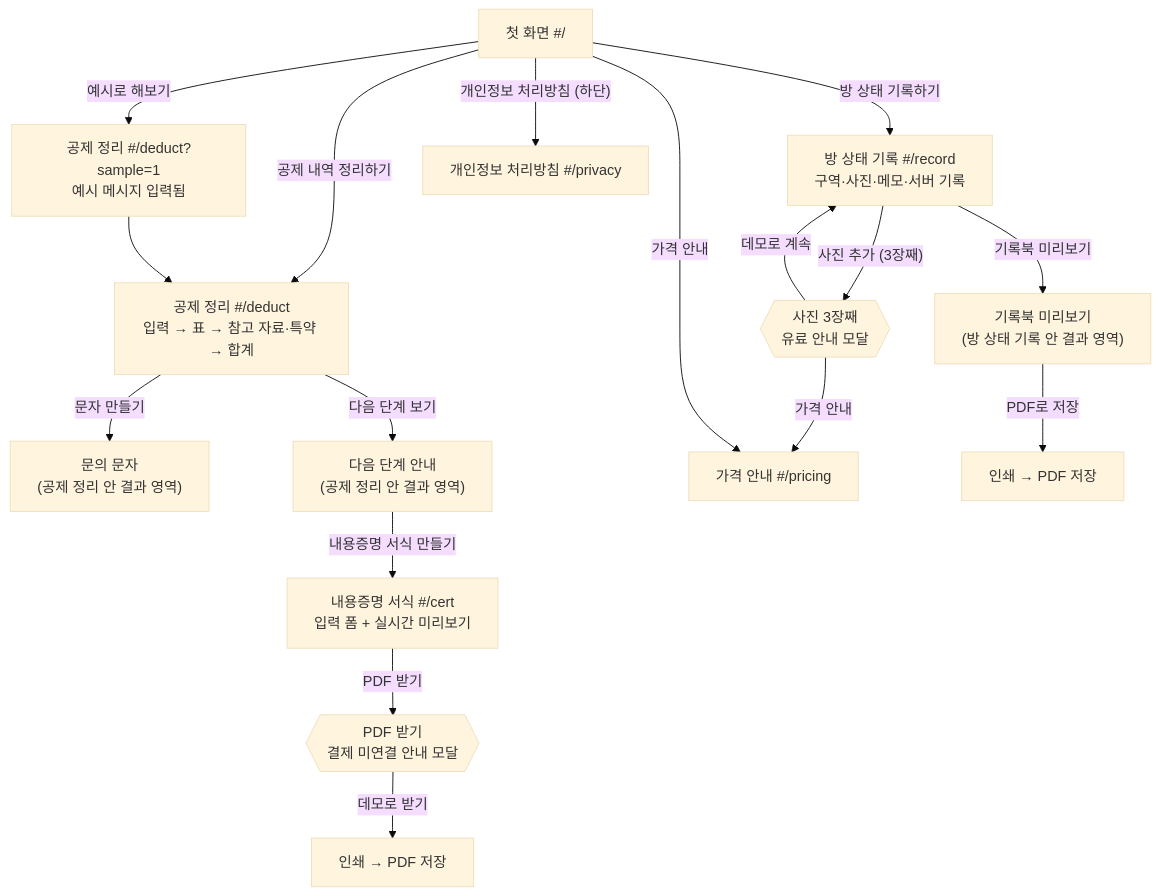
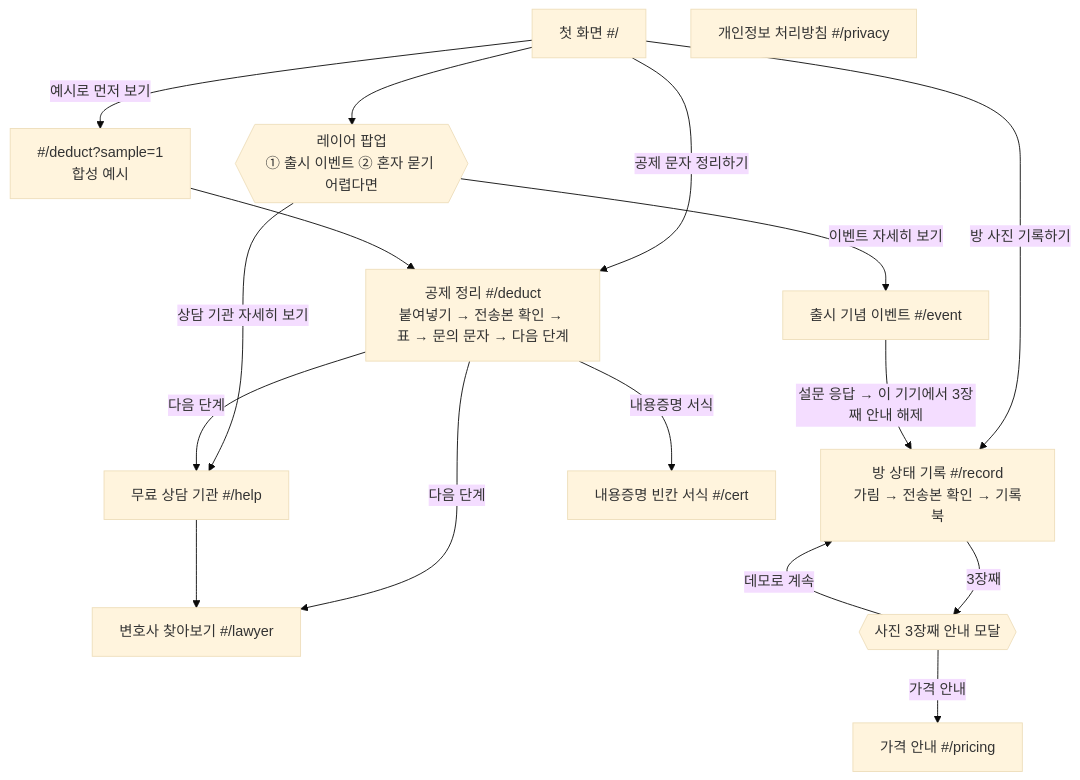
Before and after one commit to a1paka12/AIBuilder_Challenge: the diagram in docs/SCREENS.md, drawn with Mermaid (base theme). The commit also changed other lines of this file and 82 other files, not shown here.

````diff
--- a/docs/SCREENS.md
+++ b/docs/SCREENS.md
@@ -14,34 +25,30 @@
 ```mermaid
 flowchart TD
     HOME["첫 화면 #/"]
-    DEDUCT["공제 정리 #/deduct<br/>입력 → 표 → 참고 자료·특약 → 합계"]
-    SAMPLE["공제 정리 #/deduct?sample=1<br/>예시 메시지 입력됨"]
-    MSG["문의 문자<br/>(공제 정리 안 결과 영역)"]
-    NEXT["다음 단계 안내<br/>(공제 정리 안 결과 영역)"]
-    CERT["내용증명 서식 #/cert<br/>입력 폼 + 실시간 미리보기"]
-    RECORD["방 상태 기록 #/record<br/>구역·사진·메모·서버 기록"]
-    BOOK["기록북 미리보기<br/>(방 상태 기록 안 결과 영역)"]
+    POP{{"레이어 팝업<br/>① 출시 이벤트 ② 혼자 묻기 어렵다면"}}
+    DEDUCT["공제 정리 #/deduct<br/>붙여넣기 → 전송본 확인 → 표 → 문의 문자 → 다음 단계"]
+    SAMPLE["#/deduct?sample=1<br/>합성 예시"]
+    RECORD["방 상태 기록 #/record<br/>가림 → 전송본 확인 → 기록북"]
+    LAWYER["변호사 찾아보기 #/lawyer"]
+    HELP["무료 상담 기관 #/help"]
+    CERT["내용증명 빈칸 서식 #/cert"]
     PRICING["가격 안내 #/pricing"]
+    EVENT["출시 기념 이벤트 #/event"]
     PRIVACY["개인정보 처리방침 #/privacy"]
-    PAYWALL{{"사진 3장째<br/>유료 안내 모달"}}
-    PDFMODAL{{"PDF 받기<br/>결제 미연결 안내 모달"}}
+    LIMIT{{"사진 3장째 안내 모달"}}
 
-    HOME -->|"공제 내역 정리하기"| DEDUCT
-    HOME -->|"예시로 해보기"| SAMPLE
-    SAMPLE --> DEDUCT
-    DEDUCT -->|"문자 만들기"| MSG
-    DEDUCT -->|"다음 단계 보기"| NEXT
-    NEXT -->|"내용증명 서식 만들기"| CERT
-    CERT -->|"PDF 받기"| PDFMODAL
-    PDFMODAL -->|"데모로 받기"| SAVE1["인쇄 → PDF 저장"]
-
-    HOME -->|"방 상태 기록하기"| RECORD
-    RECORD -->|"사진 추가 (3장째)"| PAYWALL
-    PAYWALL -->|"가격 안내"| PRICING
-    PAYWALL -->|"데모로 계속"| RECORD
-    RECORD -->|"기록북 미리보기"| BOOK
-    BOOK -->|"PDF로 저장"| SAVE2["인쇄 → PDF 저장"]
-
-    HOME -->|"가격 안내"| PRICING
-    HOME -->|"개인정보 처리방침 (하단)"| PRIVACY
+    HOME --> POP
+    POP -->|"이벤트 자세히 보기"| EVENT
+    POP -->|"상담 기관 자세히 보기"| HELP
+    HOME -->|"공제 문자 정리하기"| DEDUCT
+    HOME -->|"예시로 먼저 보기"| SAMPLE --> DEDUCT
+    HOME -->|"방 사진 기록하기"| RECORD
+    DEDUCT -->|"다음 단계"| LAWYER
+    DEDUCT -->|"다음 단계"| HELP
+    DEDUCT -->|"내용증명 서식"| CERT
+    RECORD -->|"3장째"| LIMIT
+    LIMIT -->|"가격 안내"| PRICING
+    LIMIT -->|"데모로 계속"| RECORD
+    EVENT -->|"설문 응답 → 이 기기에서 3장째 안내 해제"| RECORD
+    HELP --> LAWYER
 ```
````
